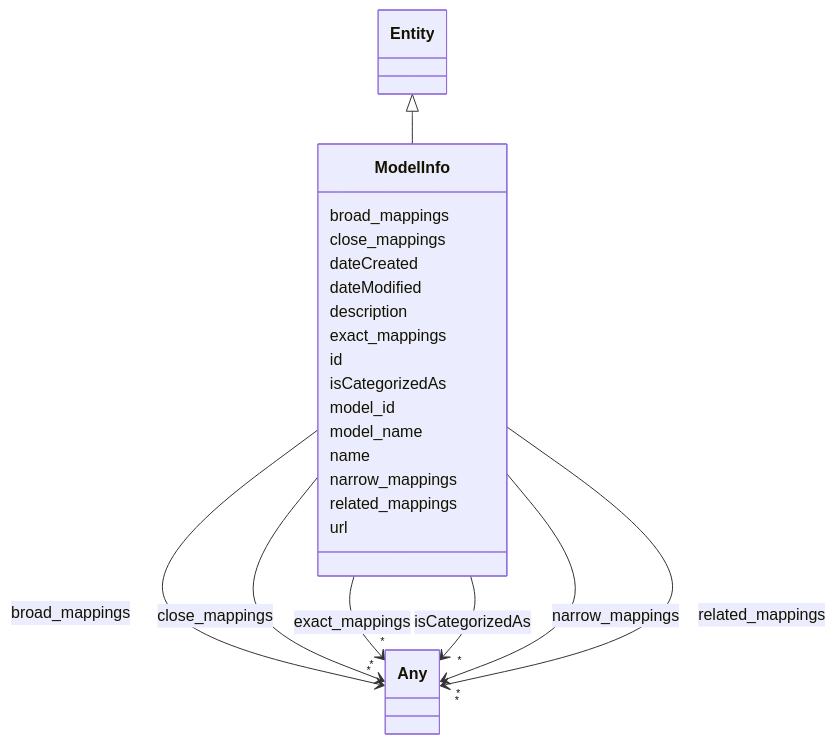
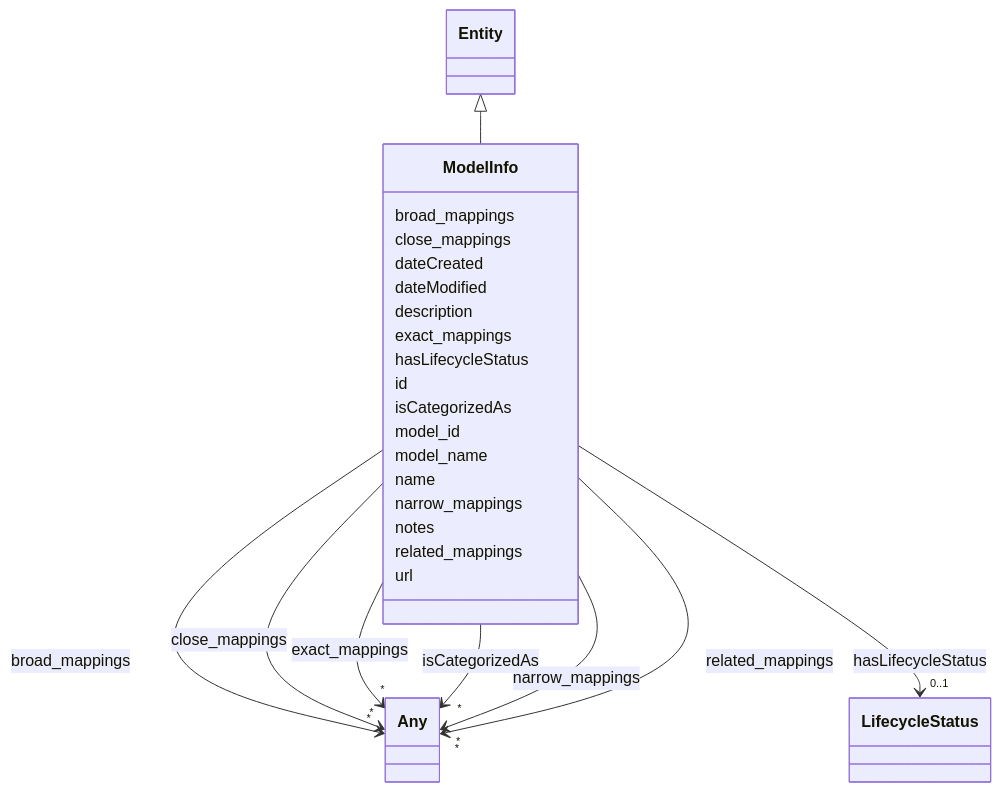
One commit to ingelise/risk-atlas-nexus changed the diagram in docs/ontology/ModelInfo.md. Above: the diagram before and after it, drawn with Mermaid. The commit also changed other lines of this file and 190 other files, not shown here.

```diff
--- a/docs/ontology/ModelInfo.md
+++ b/docs/ontology/ModelInfo.md
@@ -57,6 +57,17 @@
 
 
 
+      ModelInfo : hasLifecycleStatus
+
+
+
+
+
+        ModelInfo --> "0..1" LifecycleStatus : hasLifecycleStatus
+        click LifecycleStatus href "../LifecycleStatus/"
+
+
+
       ModelInfo : id
 
       ModelInfo : isCategorizedAs
@@ -87,6 +98,8 @@
 
 
 
+      ModelInfo : notes
+
       ModelInfo : related_mappings
 
 
```
